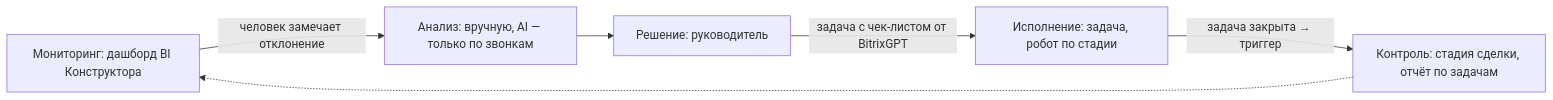
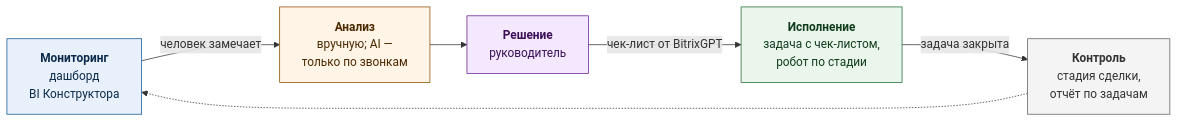
One commit to konard/marketplace-retail-ai-control changed the second of 3 diagrams in docs/concept/README.md. Above: the diagram before and after it, drawn with Mermaid. The commit also changed other lines of this file and 8 other files, not shown here.

First line of the commit message:
docs: architecture with styled diagrams, UX guidelines mapped to scenarios

````diff
--- a/docs/concept/README.md
+++ b/docs/concept/README.md
@@ -53,8 +60,15 @@
 ```mermaid
 flowchart LR
-  M["Мониторинг: дашборд BI Конструктора"] -->|человек замечает отклонение| A["Анализ: вручную, AI — только по звонкам"]
-  A --> D["Решение: руководитель"]
-  D -->|задача с чек-листом от BitrixGPT| E["Исполнение: задача, робот по стадии"]
-  E -->|задача закрыта → триггер| C["Контроль: стадия сделки, отчёт по задачам"]
+  classDef mon fill:#e8f1fb,stroke:#0b5394,color:#0b2a4a
+  classDef ana fill:#fff4e5,stroke:#8a4b00,color:#4a2800
+  classDef dec fill:#f3e8fd,stroke:#6a1b9a,color:#3b0f57
+  classDef exe fill:#eaf5ec,stroke:#1d6b2f,color:#123d1c
+  classDef ctl fill:#f4f4f4,stroke:#5c5c5c,color:#333333
+  M["<b>Мониторинг</b><br/>дашборд<br/>BI Конструктора"]:::mon
+  A["<b>Анализ</b><br/>вручную; AI —<br/>только по звонкам"]:::ana
+  D["<b>Решение</b><br/>руководитель"]:::dec
+  E["<b>Исполнение</b><br/>задача с чек-листом,<br/>робот по стадии"]:::exe
+  C["<b>Контроль</b><br/>стадия сделки,<br/>отчёт по задачам"]:::ctl
+  M -->|человек замечает| A --> D -->|чек-лист от BitrixGPT| E -->|задача закрыта| C
   C -.-> M
 ```
````
